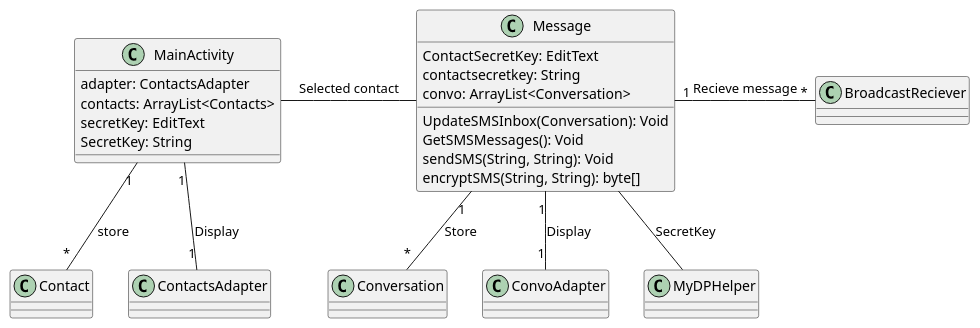
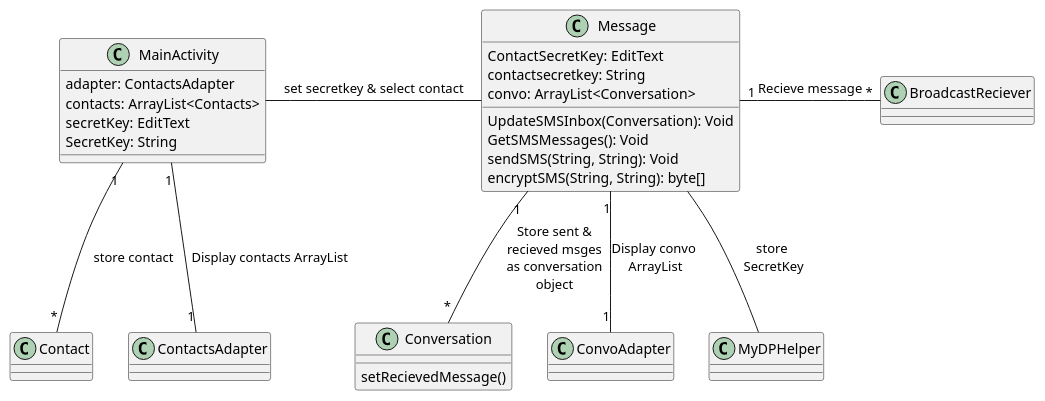
One commit to eahunt93/CSI3370 changed the diagram in app/src/main/java/com/example/elija/sms/DomainClassDiagram.puml. Above: the diagram before and after it, drawn with PlantUML. The commit also changed 8 other files, not shown here.

Commit message:
internal storage working UML SQLite Working

```diff
--- a/app/src/main/java/com/example/elija/sms/DomainClassDiagram.puml
+++ b/app/src/main/java/com/example/elija/sms/DomainClassDiagram.puml
@@ -8,38 +8,44 @@
 @startuml
 
 class MainActivity
 class Message
 class Conversation
 Class Contact
 Class ContactsAdapter
 Class ConvoAdapter
 Class BroadcastReciever
 Class MyDPHelper
 
-MainActivity "1"  -- "*"Contact : store
-MainActivity"1" -- "1"ContactsAdapter: Display
-MainActivity -Message : Selected contact
-Message"1" --"1" ConvoAdapter : Display
-Message"1" -- "*" Conversation : Store
+MainActivity"1" -- "1"ContactsAdapter: Display contacts ArrayList
+MainActivity "1"  -- "*"Contact : store contact
+MainActivity -Message : set secretkey & select contact
+Message"1" --"1" ConvoAdapter : Display convo \nArrayList
+Message"1" -- "*" Conversation : Store sent &\nrecieved msges\nas conversation\nobject
 Message"1" -"*" BroadcastReciever : Recieve message
-Message -- MyDPHelper : SecretKey
+Message -- MyDPHelper : store \nSecretKey
+
 
 
 Class MainActivity{
 adapter: ContactsAdapter
 contacts: ArrayList<Contacts>
 secretKey: EditText
 SecretKey: String
 }
 
 Class Message{
 ContactSecretKey: EditText
 contactsecretkey: String
 convo: ArrayList<Conversation>
 UpdateSMSInbox(Conversation): Void
 GetSMSMessages(): Void
 sendSMS(String, String): Void
 encryptSMS(String, String): byte[]
 }
 
+Class Conversation{
+setRecievedMessage()
+
+}
+
 @enduml
```
